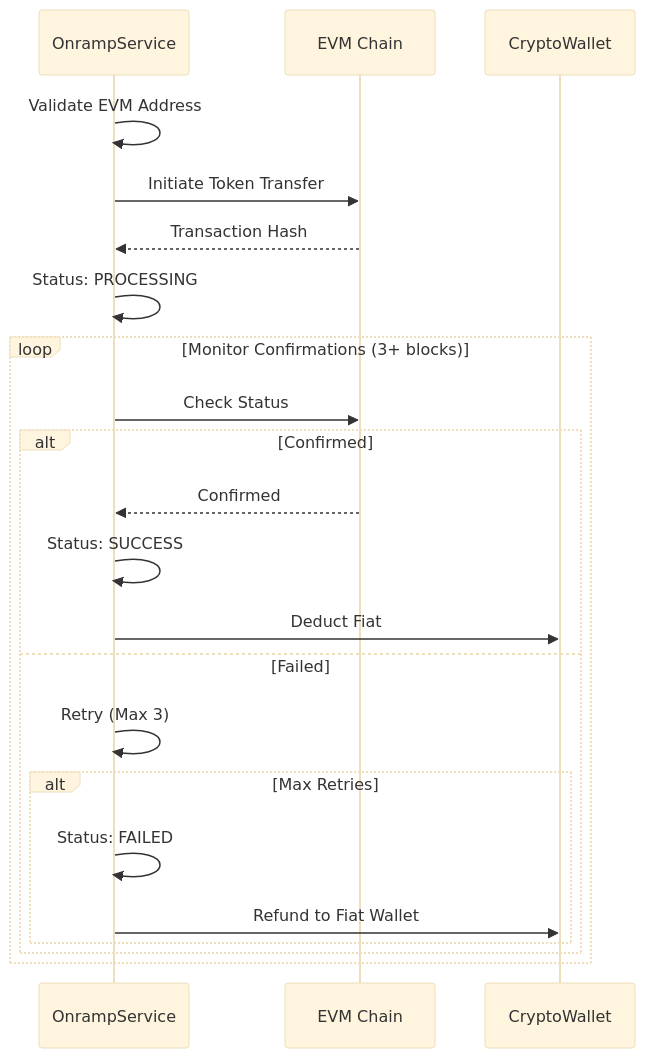
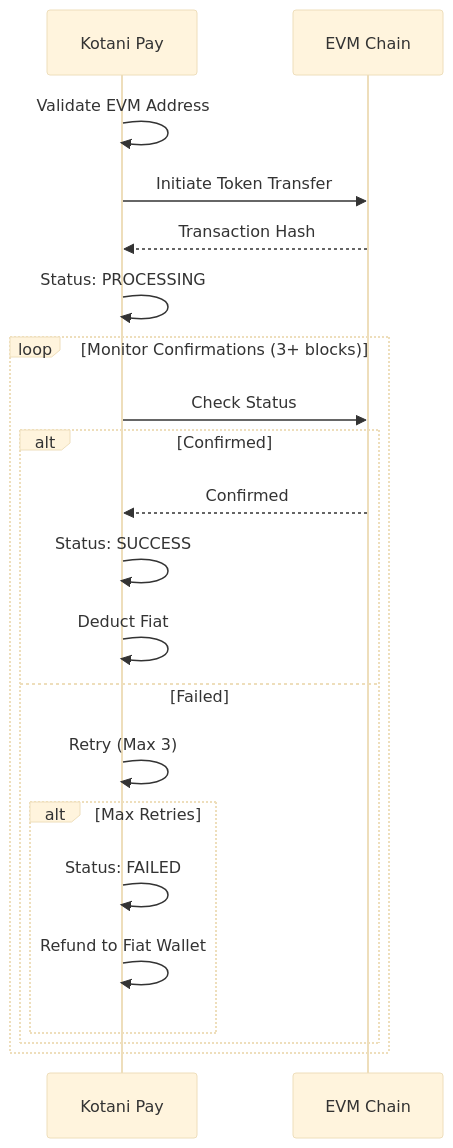
The sixth of 9 diagrams in v3/flows/onramp-flow.mdx (john-muinde/docs), drawn with Mermaid (base theme) before and after one commit. The commit also changed other lines of this file and 5 other files, not shown here.

````diff
--- a/v3/flows/onramp-flow.mdx
+++ b/v3/flows/onramp-flow.mdx
@@ -132,26 +119,25 @@
 ```mermaid
 sequenceDiagram
-    participant OnrampService
+    participant Kotani Pay
     participant Blockchain as EVM Chain
-    participant CryptoWallet
 
-    OnrampService->>OnrampService: Validate EVM Address
-    OnrampService->>Blockchain: Initiate Token Transfer
-    Blockchain-->>OnrampService: Transaction Hash
-    OnrampService->>OnrampService: Status: PROCESSING
+    Kotani Pay->>Kotani Pay: Validate EVM Address
+    Kotani Pay->>Blockchain: Initiate Token Transfer
+    Blockchain-->>Kotani Pay: Transaction Hash
+    Kotani Pay->>Kotani Pay: Status: PROCESSING
 
     loop Monitor Confirmations (3+ blocks)
-        OnrampService->>Blockchain: Check Status
+        Kotani Pay->>Blockchain: Check Status
         alt Confirmed
-            Blockchain-->>OnrampService: Confirmed
-            OnrampService->>OnrampService: Status: SUCCESS
-            OnrampService->>CryptoWallet: Deduct Fiat
+            Blockchain-->>Kotani Pay: Confirmed
+            Kotani Pay->>Kotani Pay: Status: SUCCESS
+            Kotani Pay->>Kotani Pay: Deduct Fiat
         else Failed
-            OnrampService->>OnrampService: Retry (Max 3)
+            Kotani Pay->>Kotani Pay: Retry (Max 3)
             alt Max Retries
-                OnrampService->>OnrampService: Status: FAILED
-                OnrampService->>CryptoWallet: Refund to Fiat Wallet
+                Kotani Pay->>Kotani Pay: Status: FAILED
+                Kotani Pay->>Kotani Pay: Refund to Fiat Wallet
             end
         end
     end
 ```
````
